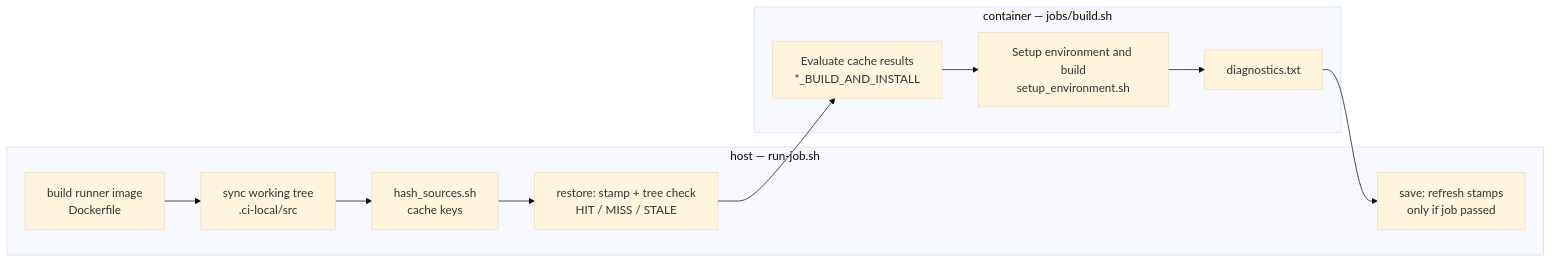
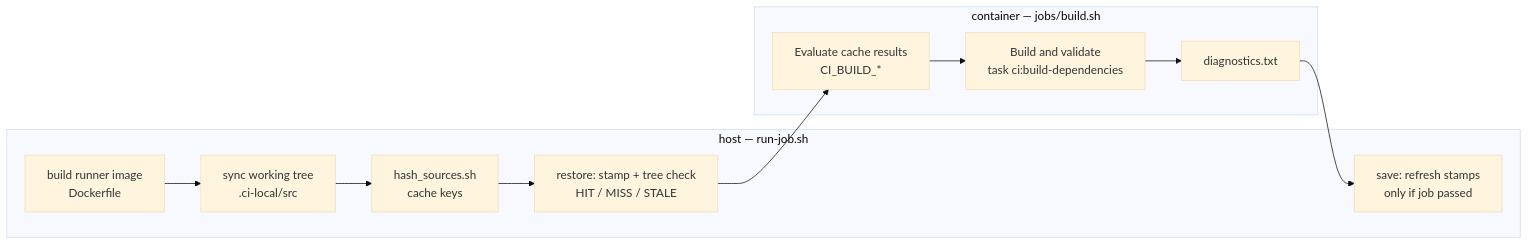
The diagram in .github/ci-local/README.md (OpenVisualCloud/Media-Transport-Library), drawn with Mermaid (base theme) before and after one commit. The commit also changed other lines of this file and 63 other files, not shown here.

````diff
--- a/.github/ci-local/README.md
+++ b/.github/ci-local/README.md
@@ -90,16 +90,16 @@
 ```mermaid
 flowchart LR
     subgraph host["host — run-job.sh"]
         IMG["build runner image<br/>Dockerfile"]
         SYNC["sync working tree<br/>.ci-local/src"]
         HASH["hash_sources.sh<br/>cache keys"]
         REST["restore: stamp + tree check<br/>HIT / MISS / STALE"]
         SAVE["save: refresh stamps<br/>only if job passed"]
     end
     subgraph cont["container — jobs/build.sh"]
-        EVAL["Evaluate cache results<br/>*_BUILD_AND_INSTALL"]
-        BUILD["Setup environment and build<br/>setup_environment.sh"]
+      EVAL["Evaluate cache results<br/>CI_BUILD_*"]
+      BUILD["Build and validate<br/>task ci:build-dependencies"]
         DIAG["diagnostics.txt"]
     end
     IMG --> SYNC --> HASH --> REST --> EVAL --> BUILD --> DIAG --> SAVE
 ```
````
